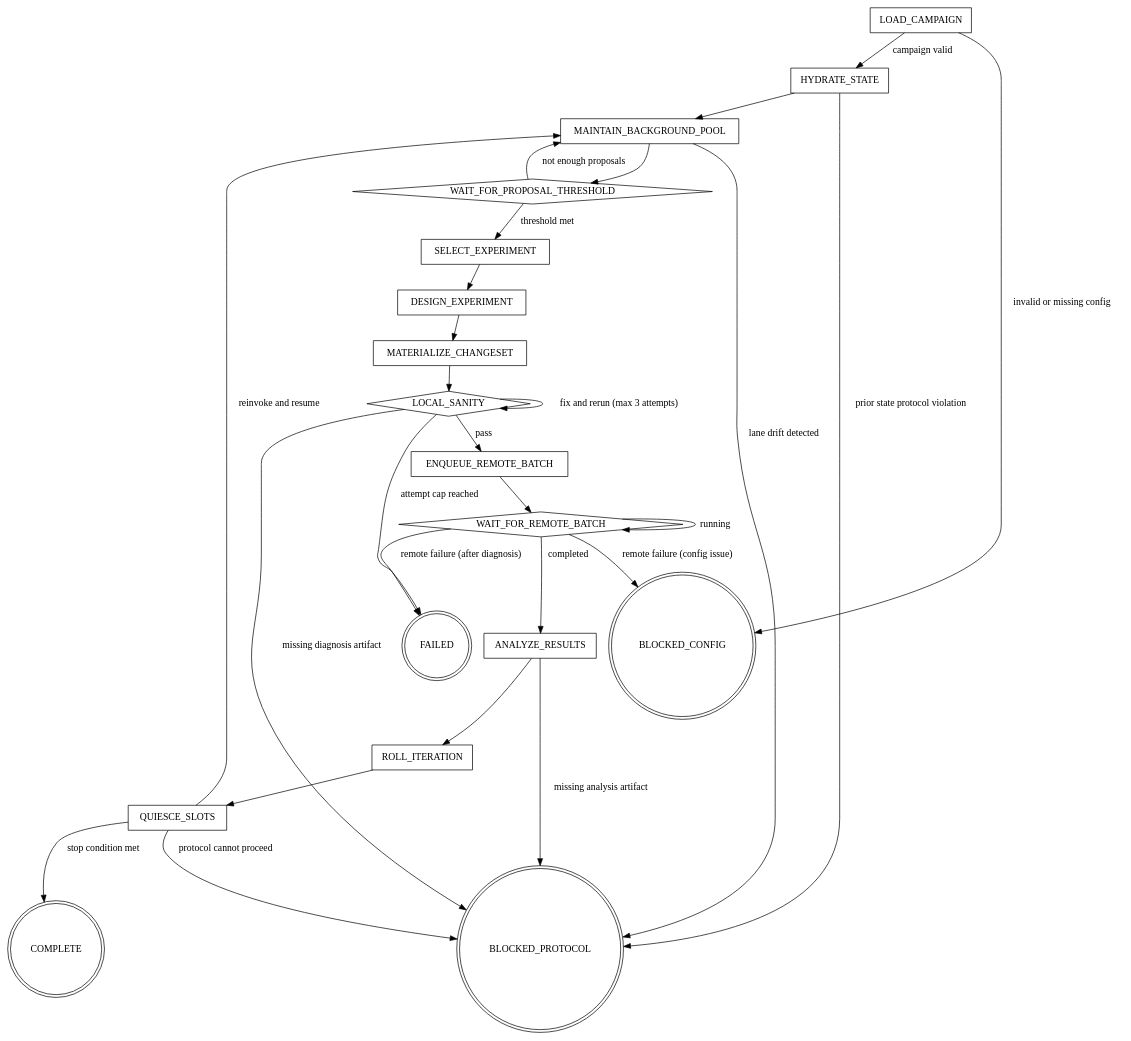
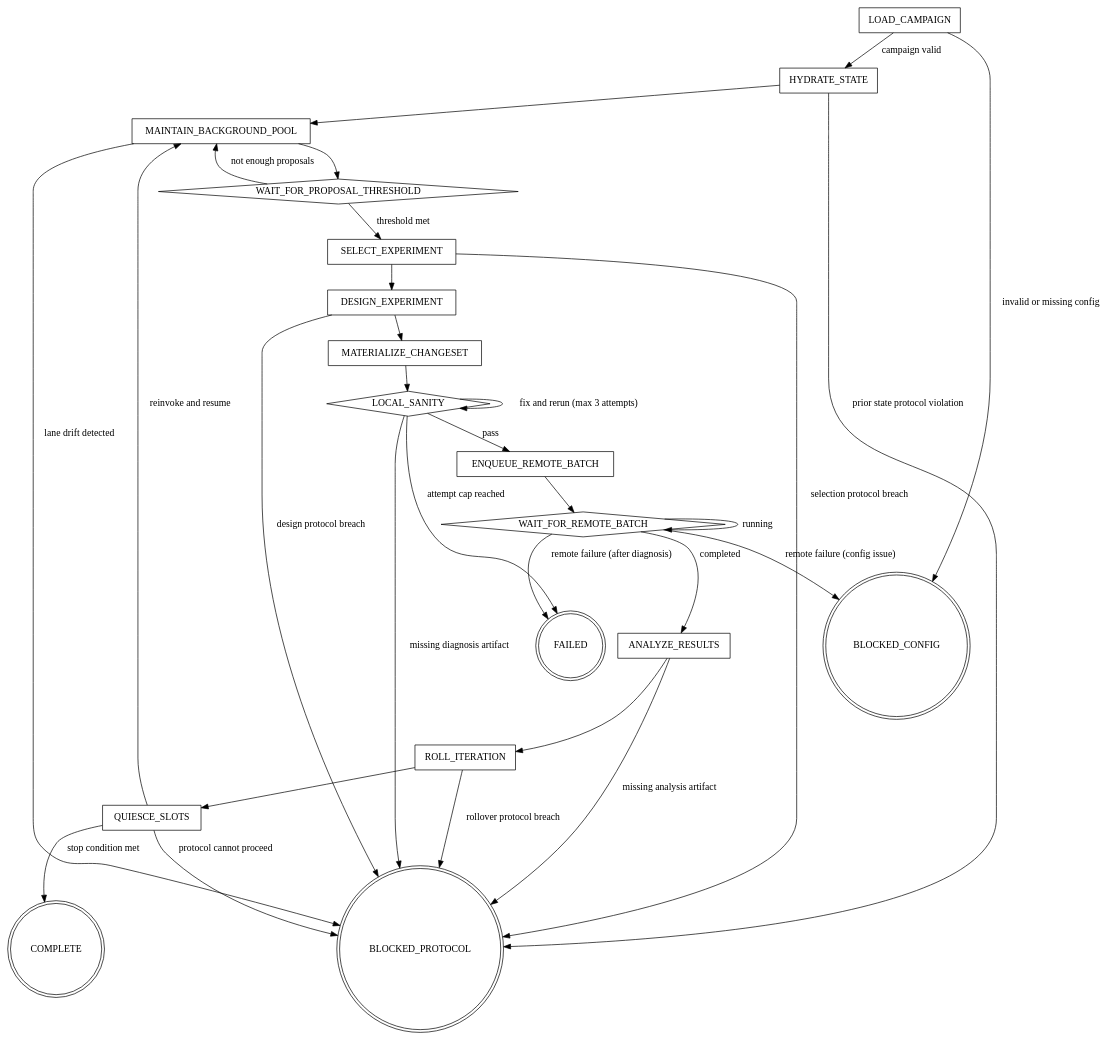
The diagram in SKILL.md (jc1122/ml-metaoptimization), drawn with Graphviz before and after one commit. The commit also changed 5 other files, not shown here.

First line of the commit message:
fix: complete strong_coder model mapping and add missing BLOCKED_PROTOCOL diagram edges

````diff
--- a/SKILL.md
+++ b/SKILL.md
@@ -140,48 +140,51 @@
 ```dot
 digraph machine {
     "LOAD_CAMPAIGN" [shape=box];
     "HYDRATE_STATE" [shape=box];
     "MAINTAIN_BACKGROUND_POOL" [shape=box];
     "WAIT_FOR_PROPOSAL_THRESHOLD" [shape=diamond];
     "SELECT_EXPERIMENT" [shape=box];
     "DESIGN_EXPERIMENT" [shape=box];
     "MATERIALIZE_CHANGESET" [shape=box];
     "LOCAL_SANITY" [shape=diamond];
     "ENQUEUE_REMOTE_BATCH" [shape=box];
     "WAIT_FOR_REMOTE_BATCH" [shape=diamond];
     "ANALYZE_RESULTS" [shape=box];
     "ROLL_ITERATION" [shape=box];
     "QUIESCE_SLOTS" [shape=box];
     "COMPLETE" [shape=doublecircle];
     "BLOCKED_CONFIG" [shape=doublecircle];
     "BLOCKED_PROTOCOL" [shape=doublecircle];
     "FAILED" [shape=doublecircle];
 
     "LOAD_CAMPAIGN" -> "BLOCKED_CONFIG" [label="invalid or missing config"];
     "LOAD_CAMPAIGN" -> "HYDRATE_STATE" [label="campaign valid"];
     "HYDRATE_STATE" -> "MAINTAIN_BACKGROUND_POOL";
     "HYDRATE_STATE" -> "BLOCKED_PROTOCOL" [label="prior state protocol violation"];
     "MAINTAIN_BACKGROUND_POOL" -> "WAIT_FOR_PROPOSAL_THRESHOLD";
     "MAINTAIN_BACKGROUND_POOL" -> "BLOCKED_PROTOCOL" [label="lane drift detected"];
     "WAIT_FOR_PROPOSAL_THRESHOLD" -> "MAINTAIN_BACKGROUND_POOL" [label="not enough proposals"];
     "WAIT_FOR_PROPOSAL_THRESHOLD" -> "SELECT_EXPERIMENT" [label="threshold met"];
     "SELECT_EXPERIMENT" -> "DESIGN_EXPERIMENT";
+    "SELECT_EXPERIMENT" -> "BLOCKED_PROTOCOL" [label="selection protocol breach"];
     "DESIGN_EXPERIMENT" -> "MATERIALIZE_CHANGESET";
+    "DESIGN_EXPERIMENT" -> "BLOCKED_PROTOCOL" [label="design protocol breach"];
     "MATERIALIZE_CHANGESET" -> "LOCAL_SANITY";
     "LOCAL_SANITY" -> "LOCAL_SANITY" [label="fix and rerun (max 3 attempts)"];
     "LOCAL_SANITY" -> "FAILED" [label="attempt cap reached"];
     "LOCAL_SANITY" -> "BLOCKED_PROTOCOL" [label="missing diagnosis artifact"];
     "LOCAL_SANITY" -> "ENQUEUE_REMOTE_BATCH" [label="pass"];
     "ENQUEUE_REMOTE_BATCH" -> "WAIT_FOR_REMOTE_BATCH";
     "WAIT_FOR_REMOTE_BATCH" -> "WAIT_FOR_REMOTE_BATCH" [label="running"];
     "WAIT_FOR_REMOTE_BATCH" -> "ANALYZE_RESULTS" [label="completed"];
     "WAIT_FOR_REMOTE_BATCH" -> "FAILED" [label="remote failure (after diagnosis)"];
     "WAIT_FOR_REMOTE_BATCH" -> "BLOCKED_CONFIG" [label="remote failure (config issue)"];
     "ANALYZE_RESULTS" -> "BLOCKED_PROTOCOL" [label="missing analysis artifact"];
     "ANALYZE_RESULTS" -> "ROLL_ITERATION";
     "ROLL_ITERATION" -> "QUIESCE_SLOTS";
+    "ROLL_ITERATION" -> "BLOCKED_PROTOCOL" [label="rollover protocol breach"];
     "QUIESCE_SLOTS" -> "COMPLETE" [label="stop condition met"];
     "QUIESCE_SLOTS" -> "BLOCKED_PROTOCOL" [label="protocol cannot proceed"];
     "QUIESCE_SLOTS" -> "MAINTAIN_BACKGROUND_POOL" [label="reinvoke and resume"];
 }
 ```
````
